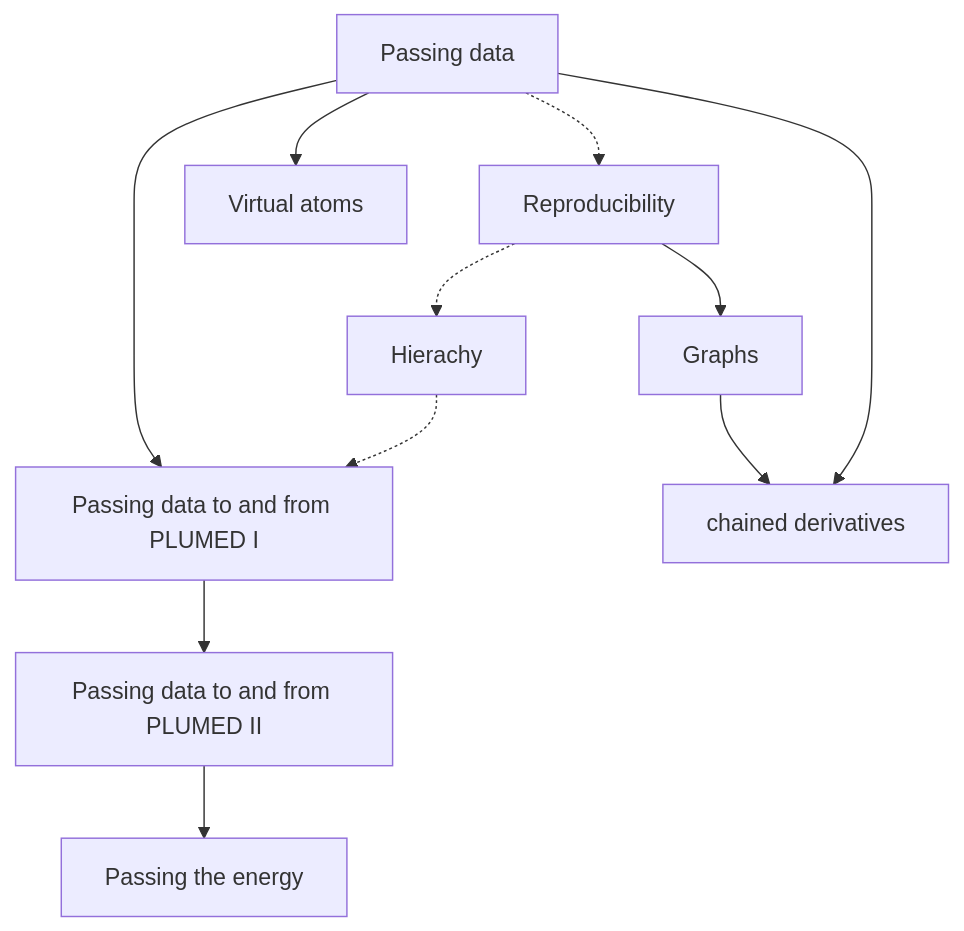
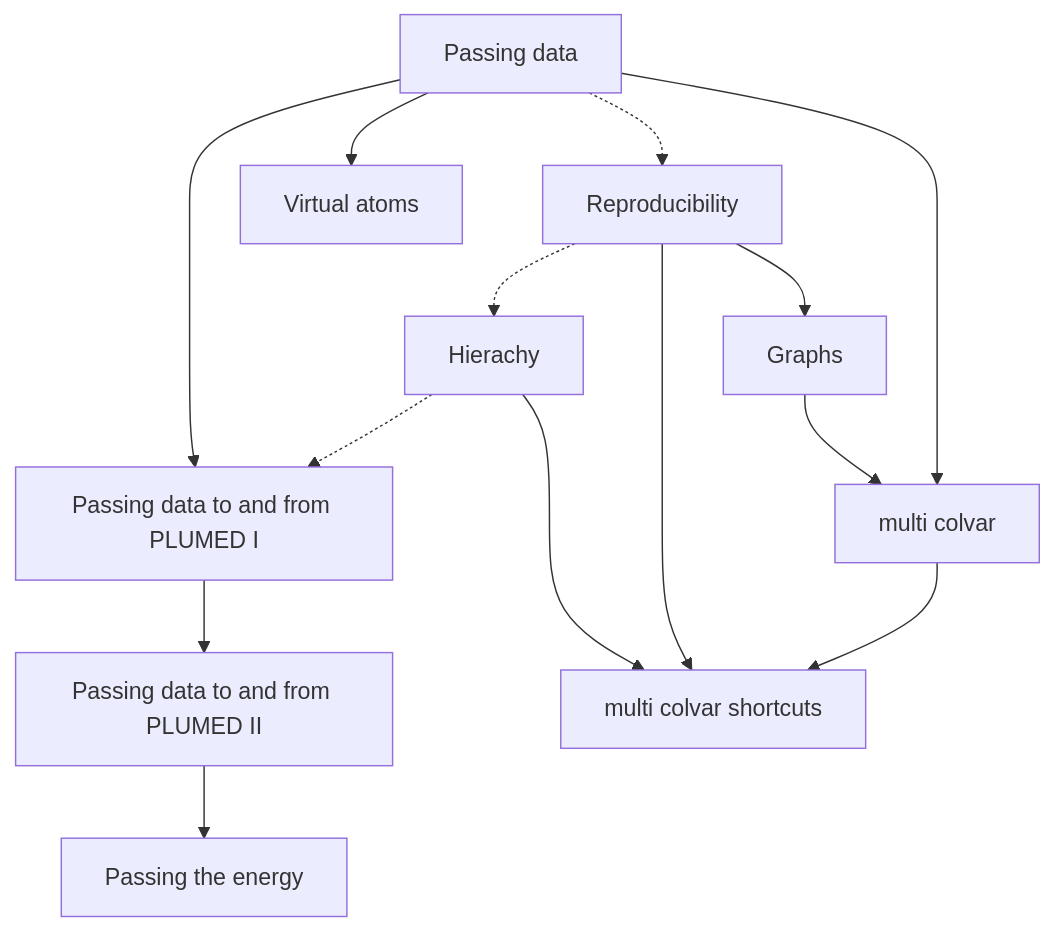
The diagram in NAVIGATION.md (gtribello/plumed-thoughts), drawn with Mermaid before and after one commit. The commit also changed 2 other files, not shown here.

Commit message:
Wrote article abotu MultiColvarShortcut

````diff
--- a/NAVIGATION.md
+++ b/NAVIGATION.md
@@ -21,22 +21,26 @@
 ```mermaid
 flowchart TB;
   A[Passing data] -.-> B[Reproducibility];
   B -.-> C[Hierachy];
   C -.-> D[Passing data to and from PLUMED I];
   D --> E[Passing data to and from PLUMED II];
   A --> D;
   E --> F[Passing the energy];
   A --> G[Virtual atoms]
   B --> H[Graphs]
   A --> I[multi colvar]
-  H --> I[chained derivatives]
+  H --> I
+  I --> J[multi colvar shortcuts]
+  B --> J
+  C --> J
   click A "Passing.md" "8th May 2023: General thoughts about how data is passed between PLUMED actions";
   click B "Reproducibility.md" "8th May 2023: General thoughts about why we want to do calculations that are reproducibile";
   click C "Community.md" "8th May 2023: General thoughts about how we support communities of scholars"
   click D "MDInterfaceI.md" "8th May 2023: A description of how data is passed to and from PLUMED"
   click E "MDInterfaceII.md" "21st May 2023: A description of how atomic properties are passed to and from PLUMED"
   click F "PassingEnergy.md" "21st May 2023: A description of how potential energy is passed to PLUMED"
   click G "VirtualAtoms.md" "22nd May 2023: A description of how virtual atom positions are passed between Actions in PLUMED"
   click H "Graphs.md" "1st June 2023: A description of the way we can use graphs to illustrate PLUMED input files"
-  click I "MultiColvar.md" "1st June 2023: A description that explains how multicolvar is implemented"
+  click I "MultiColvar.md" "1st June 2023: An explaination of how multicolvar is implemented"
+  click J "MultiColvarShortcut.md" "9th June 2023: An explanation of how backwards compatibility for MultiColvar has been ensured and an introduction to ActionShortcut"
 ```
````
